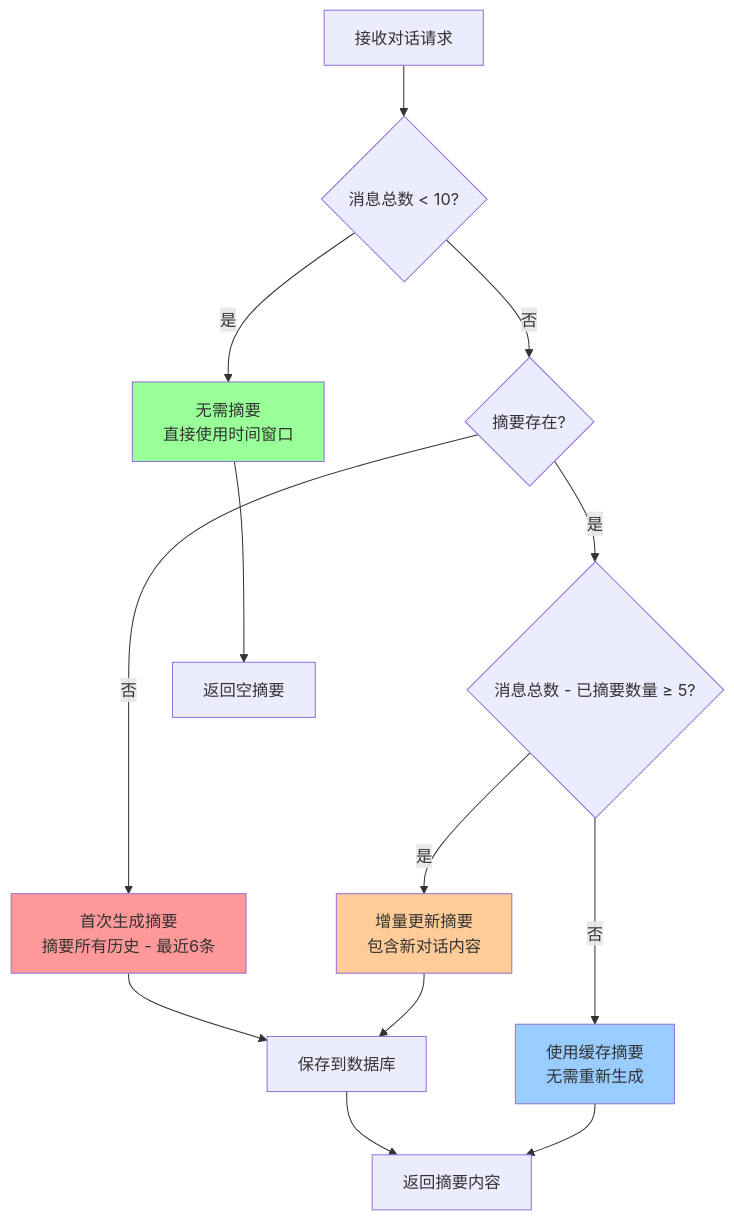
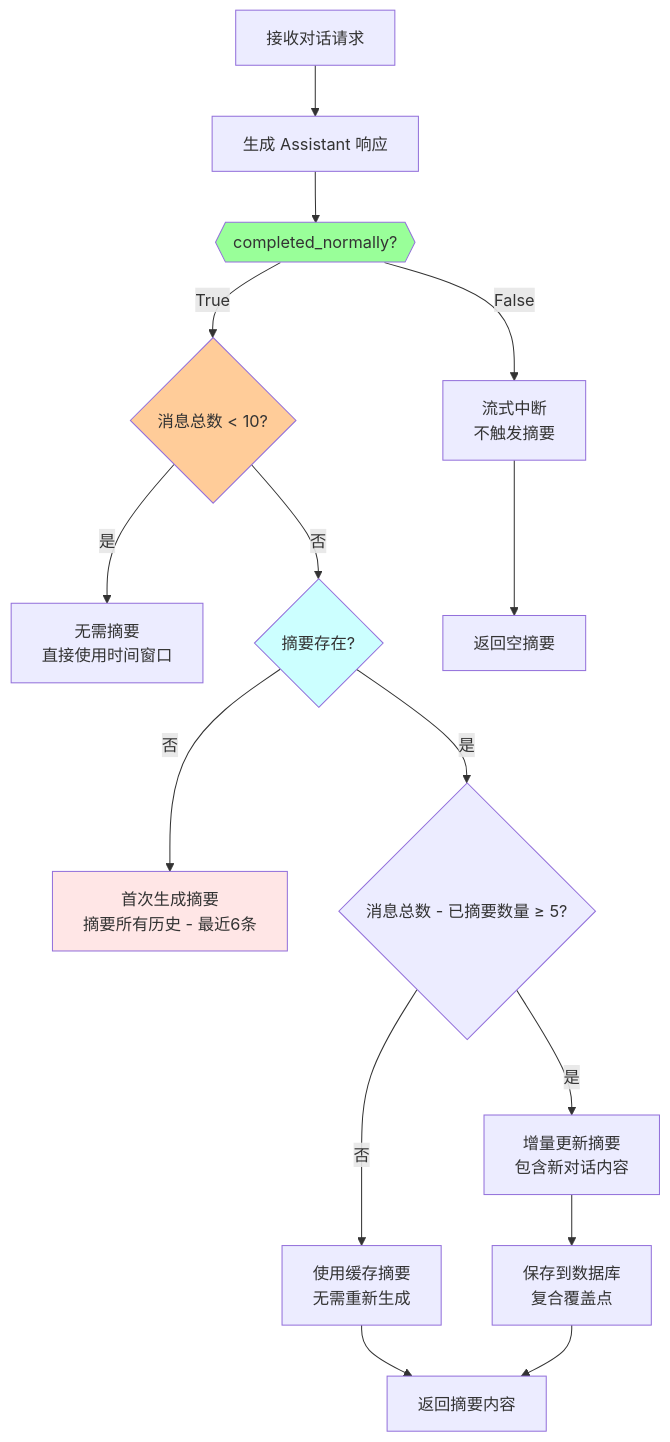
Before and after one commit to stormJun/movie_agent: the fourth of 9 diagrams in docs/1.1.4/1.1.4.1/chat-history-evolution.md, drawn with Mermaid. The commit also changed other lines of this file and 43 other files, not shown here.

````diff
--- a/docs/1.1.4/1.1.4.1/chat-history-evolution.md
+++ b/docs/1.1.4/1.1.4.1/chat-history-evolution.md
@@ -257,24 +1387,27 @@
 ```mermaid
 graph TD
-    A[接收对话请求] --> B{消息总数 < 10?}
-    B -->|是| C[无需摘要<br/>直接使用时间窗口]
-    B -->|否| D{摘要存在?}
+    A[接收对话请求] --> B[生成 Assistant 响应]
+    B --> C{{completed_normally?}}
+    C -->|False| D[流式中断<br/>不触发摘要]
+    C -->|True| E{消息总数 < 10?}
 
-    D -->|否| E[首次生成摘要<br/>摘要所有历史 - 最近6条]
-    D -->|是| F{消息总数 - 已摘要数量 ≥ 5?}
+    E -->|是| F[无需摘要<br/>直接使用时间窗口]
+    E -->|否| G{摘要存在?}
 
-    F -->|否| G[使用缓存摘要<br/>无需重新生成]
-    F -->|是| H[增量更新摘要<br/>包含新对话内容]
+    G -->|否| H[首次生成摘要<br/>摘要所有历史 - 最近6条]
+    G -->|是| I{消息总数 - 已摘要数量 ≥ 5?}
 
-    E --> I[保存到数据库]
-    H --> I
-    I --> J[返回摘要内容]
+    I -->|否| J[使用缓存摘要<br/>无需重新生成]
+    I -->|是| K[增量更新摘要<br/>包含新对话内容]
 
-    C --> K[返回空摘要]
-    G --> J
+    K --> L[保存到数据库<br/>复合覆盖点]
+    J --> M[返回摘要内容]
+    L --> M
 
-    style E fill:#ff9999
-    style H fill:#ffcc99
-    style G fill:#99ccff
+    D --> N[返回空摘要]
+
     style C fill:#99ff99
+    style E fill:#ffcc99
+    style H fill:#ffe6e6
+    style G fill:#ccffff
 ```
````
